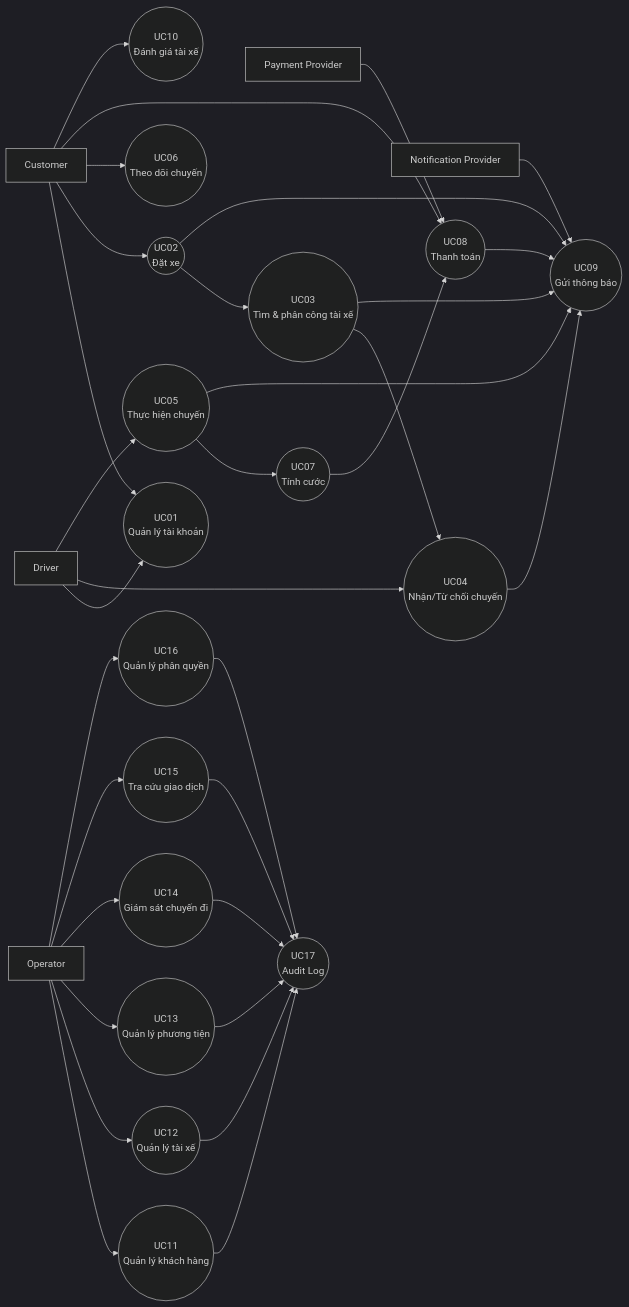
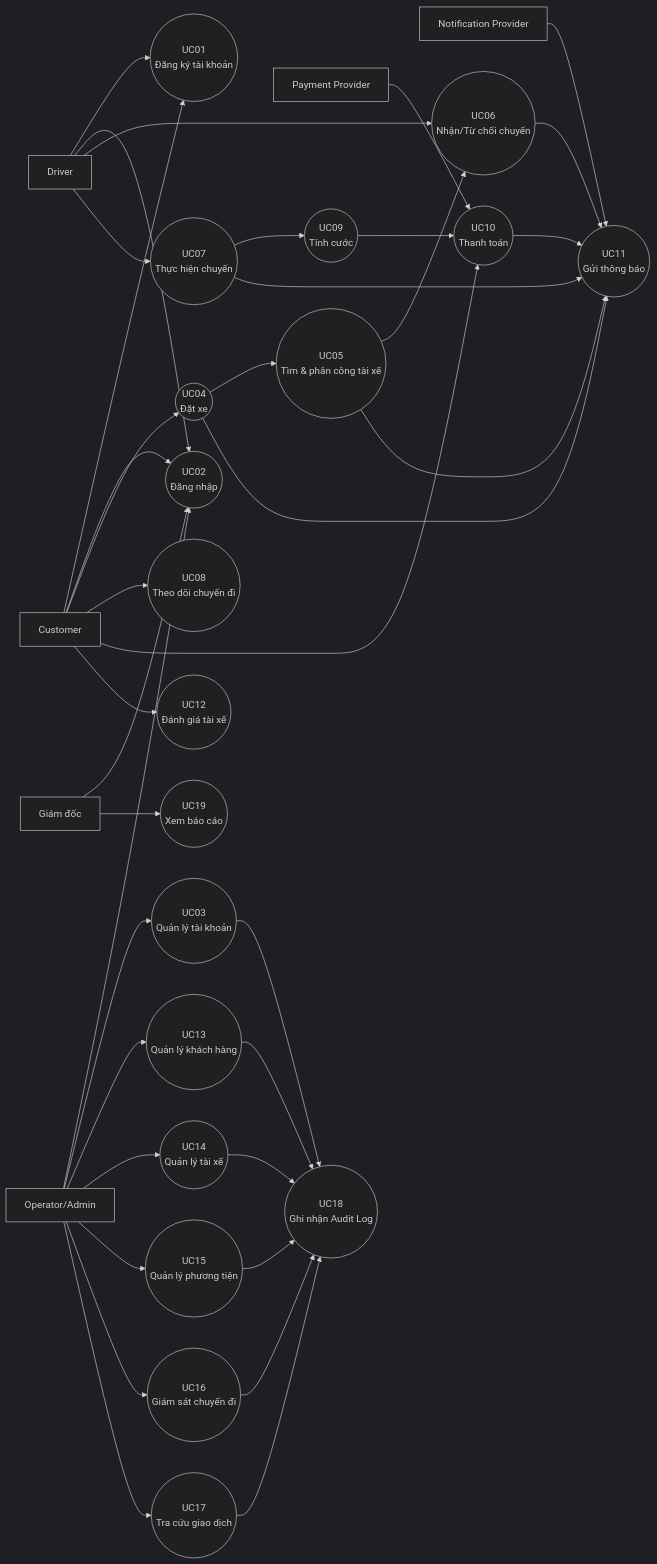
The third of 3 diagrams in srs.md (nguyentrong-280205/23669941_NguyenDinhTrong_Cabsystem), drawn with Mermaid (dark theme) before and after one commit. The commit also changed other lines of this file, not shown here.

Commit message:
docs(srs): update BR, BP, FR, BRL, UC diagram, UC specs, AC and RTM

````diff
--- a/srs.md
+++ b/srs.md
@@ -536,66 +653,75 @@
 ```mermaid
 flowchart LR
 
     C[Customer]
     D[Driver]
-    O[Operator]
+    O[Operator/Admin]
+    GD[Giám đốc]
     PP[Payment Provider]
     NP[Notification Provider]
 
-    UC1((UC01<br/>Quản lý tài khoản))
-    UC2((UC02<br/>Đặt xe))
-    UC3((UC03<br/>Tìm & phân công tài xế))
-    UC4((UC04<br/>Nhận/Từ chối chuyến))
-    UC5((UC05<br/>Thực hiện chuyến))
-    UC6((UC06<br/>Theo dõi chuyến))
-    UC7((UC07<br/>Tính cước))
-    UC8((UC08<br/>Thanh toán))
-    UC9((UC09<br/>Gửi thông báo))
-    UC10((UC10<br/>Đánh giá tài xế))
+    UC1((UC01<br/>Đăng ký tài khoản))
+    UC2((UC02<br/>Đăng nhập))
+    UC3((UC03<br/>Quản lý tài khoản))
+    UC4((UC04<br/>Đặt xe))
+    UC5((UC05<br/>Tìm & phân công tài xế))
+    UC6((UC06<br/>Nhận/Từ chối chuyến))
+    UC7((UC07<br/>Thực hiện chuyến))
+    UC8((UC08<br/>Theo dõi chuyến đi))
+    UC9((UC09<br/>Tính cước))
+    UC10((UC10<br/>Thanh toán))
+    UC11((UC11<br/>Gửi thông báo))
+    UC12((UC12<br/>Đánh giá tài xế))
 
-    UC11((UC11<br/>Quản lý khách hàng))
-    UC12((UC12<br/>Quản lý tài xế))
-    UC13((UC13<br/>Quản lý phương tiện))
-    UC14((UC14<br/>Giám sát chuyến đi))
-    UC15((UC15<br/>Tra cứu giao dịch))
-    UC16((UC16<br/>Quản lý phân quyền))
-    UC17((UC17<br/>Audit Log))
+    UC13((UC13<br/>Quản lý khách hàng))
+    UC14((UC14<br/>Quản lý tài xế))
+    UC15((UC15<br/>Quản lý phương tiện))
+    UC16((UC16<br/>Giám sát chuyến đi))
+    UC17((UC17<br/>Tra cứu giao dịch))
+    UC18((UC18<br/>Ghi nhận Audit Log))
+    UC19((UC19<br/>Xem báo cáo))
 
     C --> UC1
     C --> UC2
-    C --> UC6
+    C --> UC4
     C --> UC8
     C --> UC10
+    C --> UC12
 
     D --> UC1
-    D --> UC4
-    D --> UC5
+    D --> UC2
+    D --> UC6
+    D --> UC7
 
-    O --> UC11
-    O --> UC12
+    O --> UC2
+    O --> UC3
     O --> UC13
     O --> UC14
     O --> UC15
     O --> UC16
+    O --> UC17
 
-    PP --> UC8
-    NP --> UC9
+    GD --> UC2
+    GD --> UC19
 
-    UC2 --> UC3
-    UC3 --> UC4
-    UC5 --> UC7
-    UC7 --> UC8
+    PP --> UC10
+    NP --> UC11
 
-    UC2 --> UC9
-    UC3 --> UC9
-    UC4 --> UC9
-    UC5 --> UC9
-    UC8 --> UC9
+    UC4 --> UC5
+    UC5 --> UC6
+    UC7 --> UC9
+    UC9 --> UC10
 
-    UC11 --> UC17
-    UC12 --> UC17
-    UC13 --> UC17
-    UC14 --> UC17
-    UC15 --> UC17
-    UC16 --> UC17
+    UC4 --> UC11
+    UC5 --> UC11
+    UC6 --> UC11
+    UC7 --> UC11
+    UC10 --> UC11
+
+    UC3 --> UC18
+    UC13 --> UC18
+    UC14 --> UC18
+    UC15 --> UC18
+    UC16 --> UC18
+    UC17 --> UC18
 ```
````
